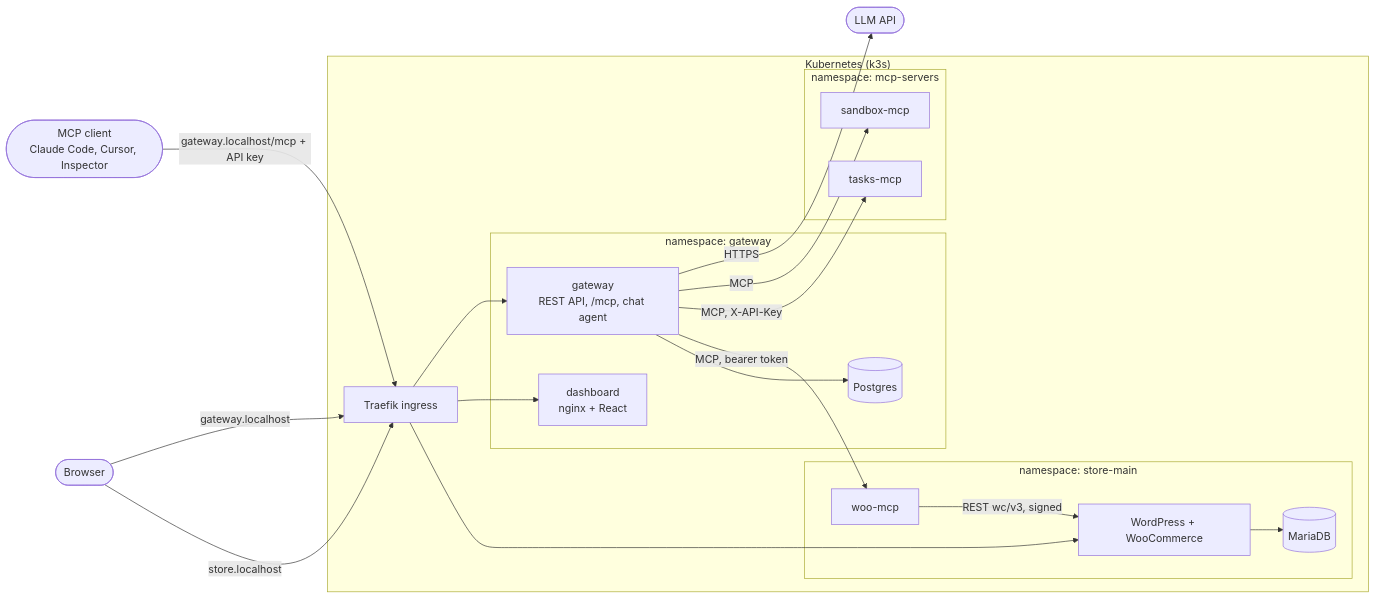
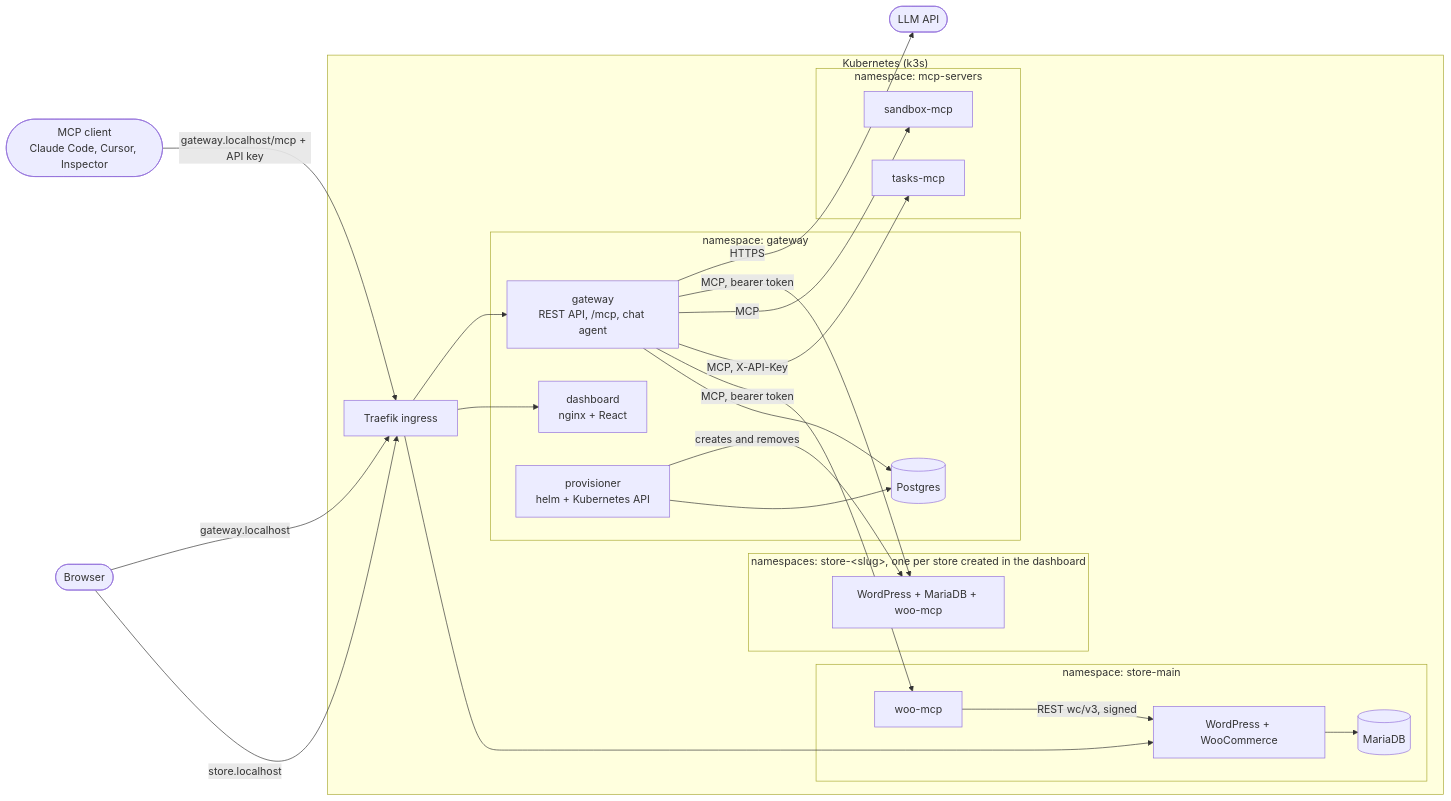
The diagram in docs/PLAN.md (saisudarshanrao/woocommerce-mcp-gateway), drawn with Mermaid before and after one commit. The commit also changed other lines of this file and 5 other files, not shown here.

````diff
--- a/docs/PLAN.md
+++ b/docs/PLAN.md
@@ -13,41 +14,49 @@
 ```mermaid
 flowchart LR
   browser([Browser])
   client(["MCP client<br/>Claude Code, Cursor, Inspector"])
   llm([LLM API])
 
   subgraph cluster["Kubernetes (k3s)"]
     traefik[Traefik ingress]
 
     subgraph ns_gw["namespace: gateway"]
       dash["dashboard<br/>nginx + React"]
       gw["gateway<br/>REST API, /mcp, chat agent"]
+      prov["provisioner<br/>helm + Kubernetes API"]
       pg[(Postgres)]
+    end
+
+    subgraph ns_more["namespaces: store-&lt;slug&gt;, one per store created in the dashboard"]
+      more["WordPress + MariaDB + woo-mcp"]
     end
 
     subgraph ns_store["namespace: store-main"]
       wp["WordPress + WooCommerce"]
       db[(MariaDB)]
       woo[woo-mcp]
     end
 
     subgraph ns_mcp["namespace: mcp-servers"]
       tasks[tasks-mcp]
       sandbox[sandbox-mcp]
     end
   end
 
   browser -- "store.localhost" --> traefik
   browser -- "gateway.localhost" --> traefik
   client -- "gateway.localhost/mcp + API key" --> traefik
   traefik --> wp
   traefik --> dash
   traefik --> gw
   gw --> pg
   gw -- "MCP, bearer token" --> woo
   gw -- "MCP, X-API-Key" --> tasks
   gw -- "MCP" --> sandbox
+  gw -- "MCP, bearer token" --> more
+  prov --> pg
+  prov -- "creates and removes" --> more
   woo -- "REST wc/v3, signed" --> wp
   wp --> db
   gw -- "HTTPS" --> llm
 ```
````
